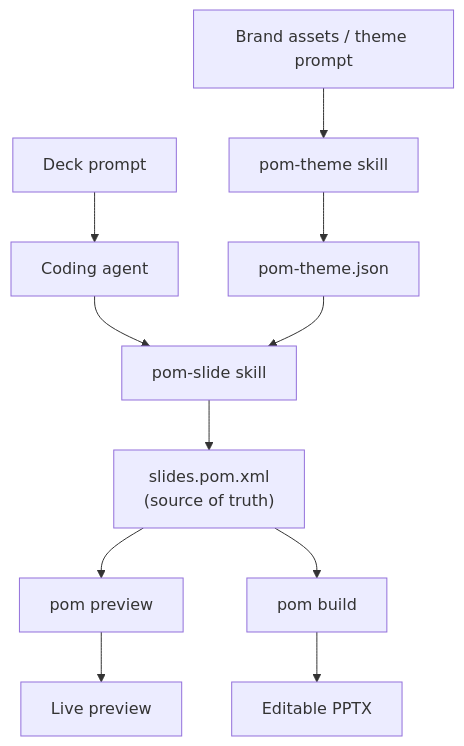
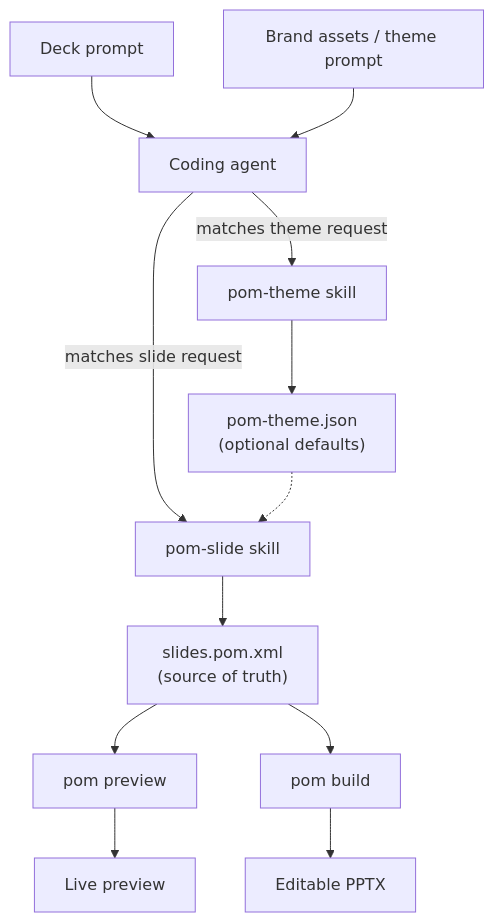
Before and after one commit to hirokisakabe/pom: the diagram in README.md, drawn with Mermaid. The commit also changed other lines of this file and 1 other file, not shown here.

Commit message:
docs: clarify automatic skill selection

````diff
--- a/README.md
+++ b/README.md
@@ -79,15 +79,15 @@
 ```mermaid
 flowchart TD
     Prompt["Deck prompt"] --> Agent["Coding agent"]
-    Agent --> Slide["pom-slide skill"]
-
-    Brand["Brand assets / theme prompt"] --> Theme["pom-theme skill"]
-    Theme --> Config["pom-theme.json"]
-    Config --> Slide
+    Brand["Brand assets / theme prompt"] --> Agent
+    Agent -->|"matches slide request"| Slide["pom-slide skill"]
+    Agent -->|"matches theme request"| Theme["pom-theme skill"]
+    Theme --> Config["pom-theme.json<br/>(optional defaults)"]
+    Config -.-> Slide
 
     Slide --> XML["slides.pom.xml<br/>(source of truth)"]
     XML --> Preview["pom preview"]
     Preview --> Live["Live preview"]
     XML --> Build["pom build"]
     Build --> PPTX["Editable PPTX"]
 ```
````
